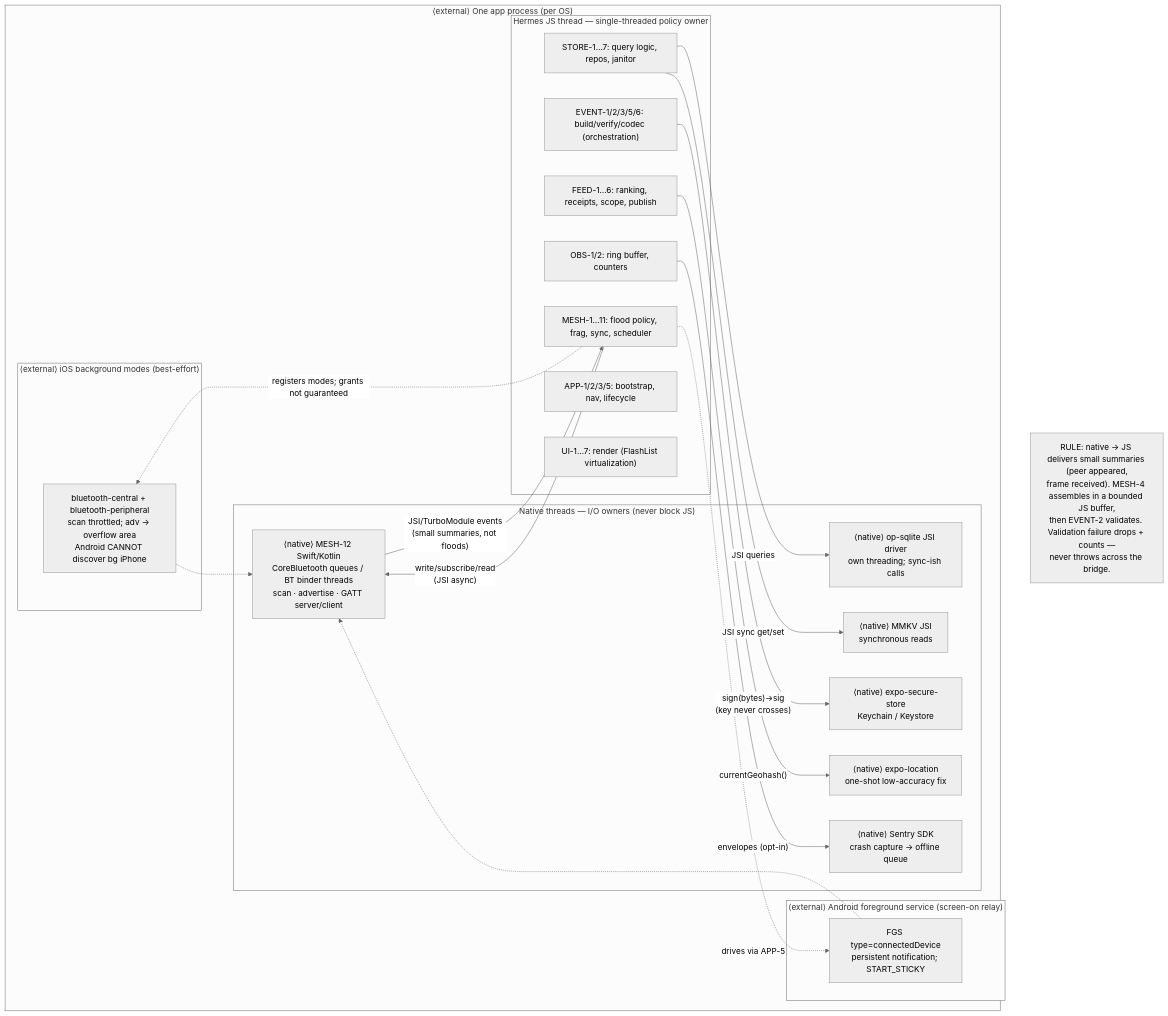
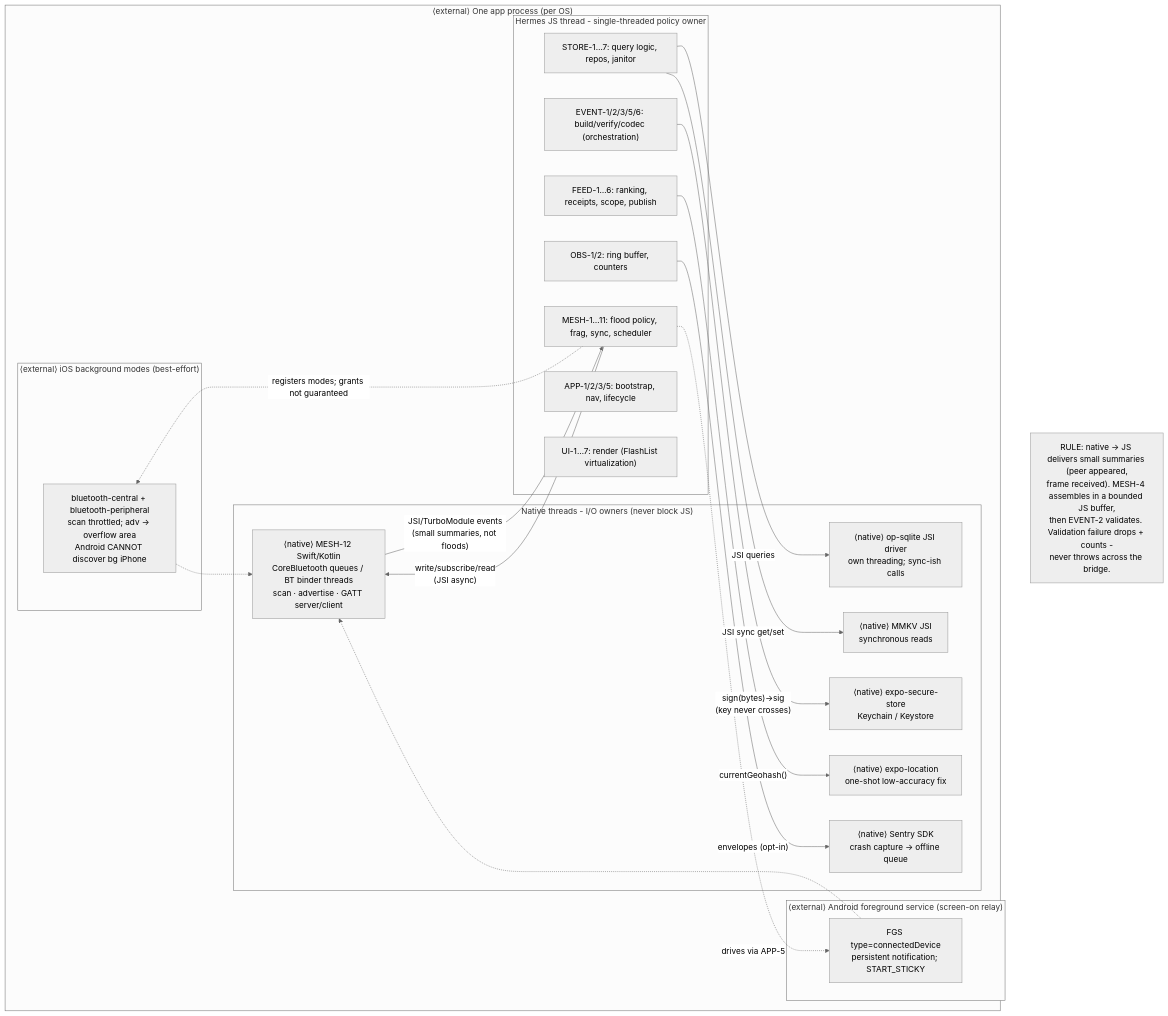
Before and after one commit to bunnysayzz/airplane: the ninth of 31 diagrams in docs/blueprint/DIAGRAMS.md, drawn with Mermaid (neutral theme). The commit also changed other lines of this file and 47 other files, not shown here.

````diff
--- a/docs/blueprint/DIAGRAMS.md
+++ b/docs/blueprint/DIAGRAMS.md
@@ -796,42 +796,42 @@
 ```mermaid
 flowchart TB
     subgraph PROC["⟨external⟩ One app process (per OS)"]
-        subgraph JS["Hermes JS thread — single-threaded policy owner"]
+        subgraph JS["Hermes JS thread - single-threaded policy owner"]
             J_APP["APP-1/2/3/5: bootstrap, nav, lifecycle"]
             J_UI["UI-1…7: render (FlashList virtualization)"]
             J_FEED["FEED-1…6: ranking, receipts, scope, publish"]
             J_EVT["EVENT-1/2/3/5/6: build/verify/codec (orchestration)"]
             J_MESH["MESH-1…11: flood policy, frag, sync, scheduler"]
             J_STORE["STORE-1…7: query logic, repos, janitor"]
             J_OBS["OBS-1/2: ring buffer, counters"]
         end
-        subgraph NAT["Native threads — I/O owners (never block JS)"]
+        subgraph NAT["Native threads - I/O owners (never block JS)"]
             N_BLE["⟨native⟩ MESH-12 Swift/Kotlin<br/>CoreBluetooth queues / BT binder threads<br/>scan · advertise · GATT server/client"]
             N_SQL["⟨native⟩ op-sqlite JSI driver<br/>own threading; sync-ish calls"]
             N_MMKV["⟨native⟩ MMKV JSI<br/>synchronous reads"]
             N_SEC["⟨native⟩ expo-secure-store<br/>Keychain / Keystore"]
             N_LOC["⟨native⟩ expo-location<br/>one-shot low-accuracy fix"]
             N_CRASH["⟨native⟩ Sentry SDK<br/>crash capture → offline queue"]
         end
         subgraph ANDSVC["⟨external⟩ Android foreground service (screen-on relay)"]
             FGS["FGS type=connectedDevice<br/>persistent notification; START_STICKY"]
         end
         subgraph IOSBG["⟨external⟩ iOS background modes (best-effort)"]
             BGAPP["bluetooth-central + bluetooth-peripheral<br/>scan throttled; adv → overflow area<br/>Android CANNOT discover bg iPhone"]
         end
     end
 
     N_BLE -- "JSI/TurboModule events<br/>(small summaries, not floods)" --> J_MESH
     J_MESH -- "write/subscribe/read<br/>(JSI async)" --> N_BLE
     J_STORE -- "JSI queries" --> N_SQL
     J_STORE -- "JSI sync get/set" --> N_MMKV
     J_EVT -- "sign(bytes)→sig<br/>(key never crosses)" --> N_SEC
     J_FEED -- "currentGeohash()" --> N_LOC
     J_OBS -- "envelopes (opt-in)" --> N_CRASH
     J_MESH -.->|"drives via APP-5"| FGS
     J_MESH -.->|"registers modes; grants not guaranteed"| BGAPP
     FGS -.-> N_BLE
     BGAPP -.-> N_BLE
 
-    note1["RULE: native → JS delivers small summaries (peer appeared,<br/>frame received). MESH-4 assembles in a bounded JS buffer,<br/>then EVENT-2 validates. Validation failure drops + counts —<br/>never throws across the bridge."]
+    note1["RULE: native → JS delivers small summaries (peer appeared,<br/>frame received). MESH-4 assembles in a bounded JS buffer,<br/>then EVENT-2 validates. Validation failure drops + counts -<br/>never throws across the bridge."]
 ```
````
